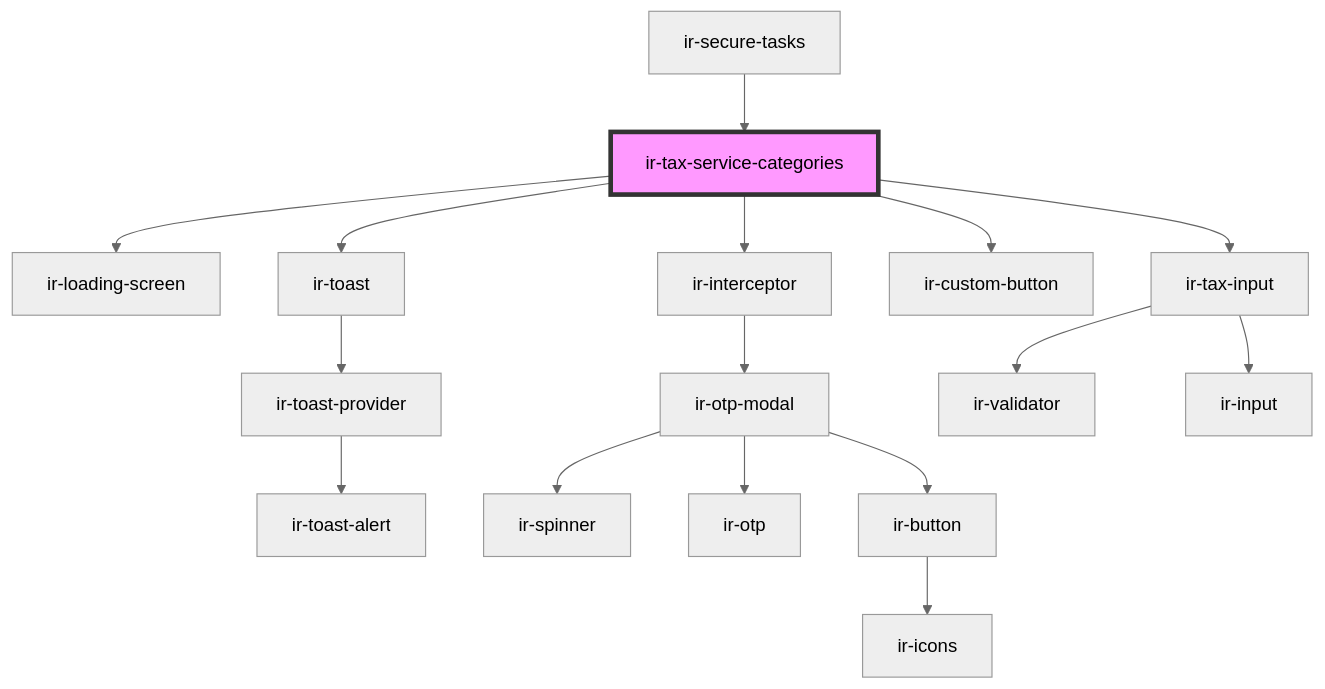
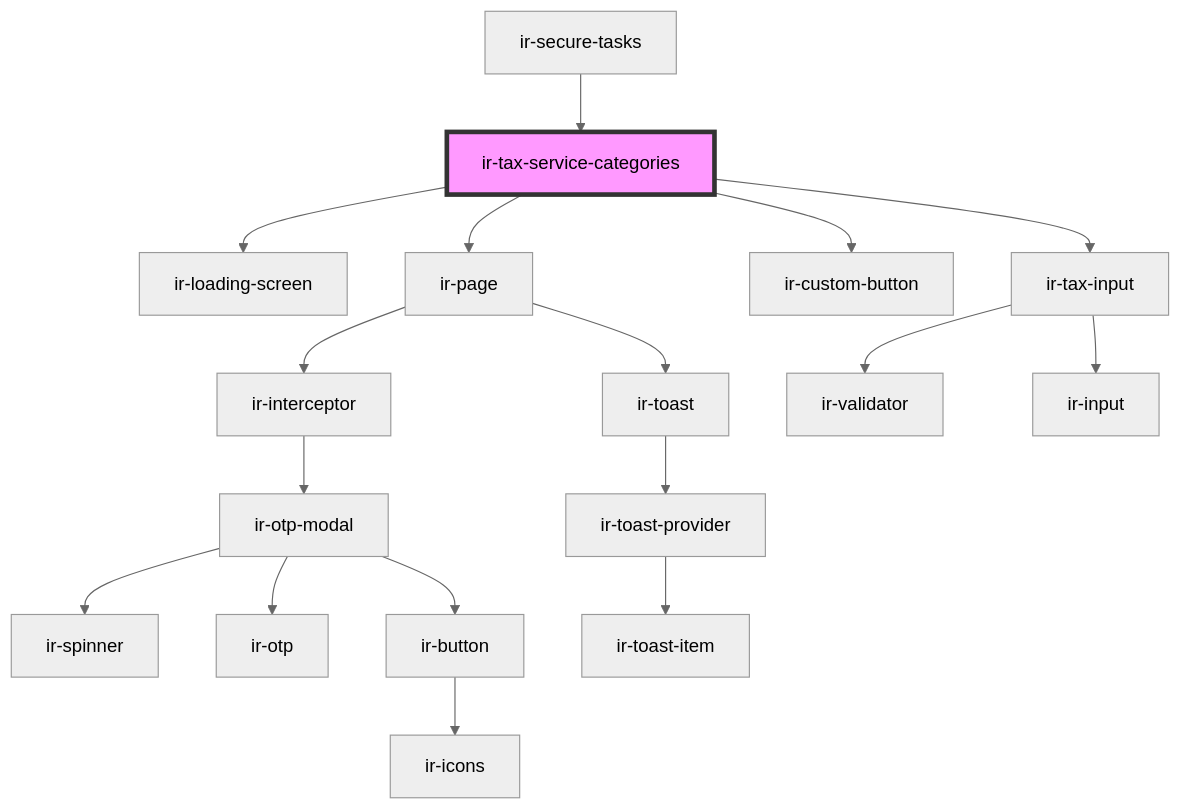
The diagram in src/components/ir-tax-service-categories/readme.md (RonyRizk/ir-webcmp), drawn with Mermaid (neutral theme) before and after one commit. The commit also changed other lines of this file and 508 other files, not shown here.

````diff
--- a/src/components/ir-tax-service-categories/readme.md
+++ b/src/components/ir-tax-service-categories/readme.md
@@ -33,19 +32,20 @@
 ```mermaid
 graph TD;
   ir-tax-service-categories --> ir-loading-screen
-  ir-tax-service-categories --> ir-toast
-  ir-tax-service-categories --> ir-interceptor
+  ir-tax-service-categories --> ir-page
   ir-tax-service-categories --> ir-custom-button
   ir-tax-service-categories --> ir-tax-input
-  ir-toast --> ir-toast-provider
-  ir-toast-provider --> ir-toast-alert
+  ir-page --> ir-interceptor
+  ir-page --> ir-toast
   ir-interceptor --> ir-otp-modal
   ir-otp-modal --> ir-spinner
   ir-otp-modal --> ir-otp
   ir-otp-modal --> ir-button
   ir-button --> ir-icons
+  ir-toast --> ir-toast-provider
+  ir-toast-provider --> ir-toast-item
   ir-tax-input --> ir-validator
   ir-tax-input --> ir-input
   ir-secure-tasks --> ir-tax-service-categories
   style ir-tax-service-categories fill:#f9f,stroke:#333,stroke-width:4px
 ```
````
